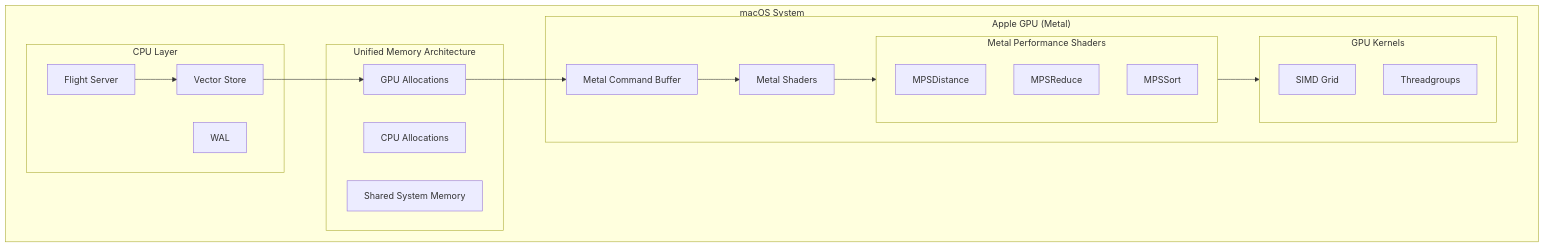
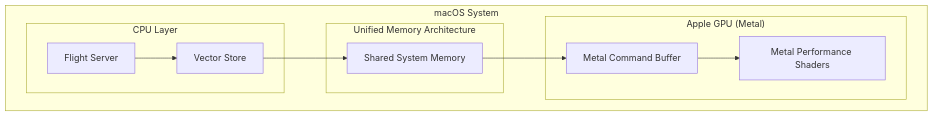
The third of 4 diagrams in docs/architecture.md (23skdu/longbow), drawn with Mermaid before and after one commit. The commit also changed other lines of this file and 16 other files, not shown here.

````diff
--- a/docs/architecture.md
+++ b/docs/architecture.md
@@ -202,39 +138,23 @@
 ```mermaid
 graph TB
     subgraph Mac["macOS System"]
         subgraph CPU["CPU Layer"]
             FlightSrv["Flight Server"]
             VectorStore["Vector Store"]
-            WAL["WAL"]
         end
 
         subgraph Unified["Unified Memory Architecture"]
-            CPUAlloc["CPU Allocations"]
-            GPUAlloc["GPU Allocations"]
             SharedMem["Shared System Memory"]
         end
 
         subgraph GPU["Apple GPU (Metal)"]
             MetalCmd["Metal Command Buffer"]
-            MetalLib["Metal Shaders"]
-            
-            subgraph MPS["Metal Performance Shaders"]
-                MPSDistance["MPSDistance"]
-                MPSReduce["MPSReduce"]
-                MPSSort["MPSSort"]
-            end
-            
-            subgraph GPUCompute["GPU Kernels"]
-                SIMD["SIMD Grid"]
-                Threadgroups["Threadgroups"]
-            end
+            MPS["Metal Performance Shaders"]
         end
     end
 
     FlightSrv --> VectorStore
-    VectorStore --> GPUAlloc
-    GPUAlloc --> MetalCmd
-    MetalCmd --> MetalLib
-    MetalLib --> MPS
-    MPS --> GPUCompute
+    VectorStore --> SharedMem
+    SharedMem --> MetalCmd
+    MetalCmd --> MPS
 ```
````
